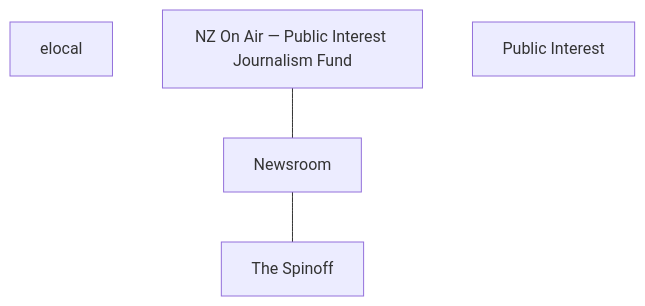
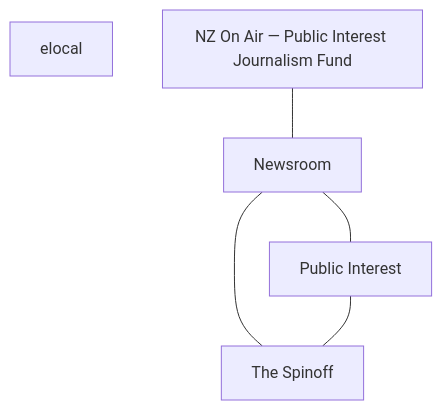
One commit to olitreadwell/nz-tech-for-good changed diagram 22 of 24 in GUIDE.md. Above: the diagram before and after it, drawn with Mermaid. The commit also changed other lines of this file and 19 other files, not shown here.

````diff
--- a/GUIDE.md
+++ b/GUIDE.md
@@ -434,10 +439,12 @@
 ```mermaid
 flowchart TD
     n_elocal["elocal"]
     n_Newsroom["Newsroom"]
     n_NZOnAirPublicInterestJou["NZ On Air — Public Interest Journalism Fund"]
     n_PublicInterest["Public Interest"]
     n_TheSpinoff["The Spinoff"]
     n_NZOnAirPublicInterestJou --- n_Newsroom
+    n_Newsroom --- n_PublicInterest
     n_Newsroom --- n_TheSpinoff
+    n_PublicInterest --- n_TheSpinoff
 ```
````
